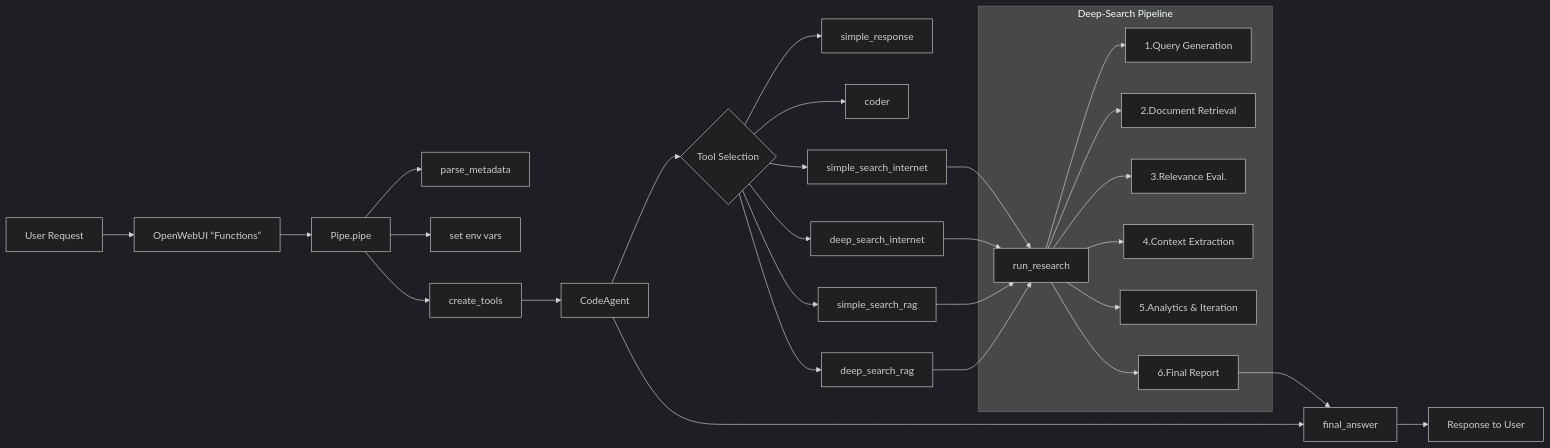
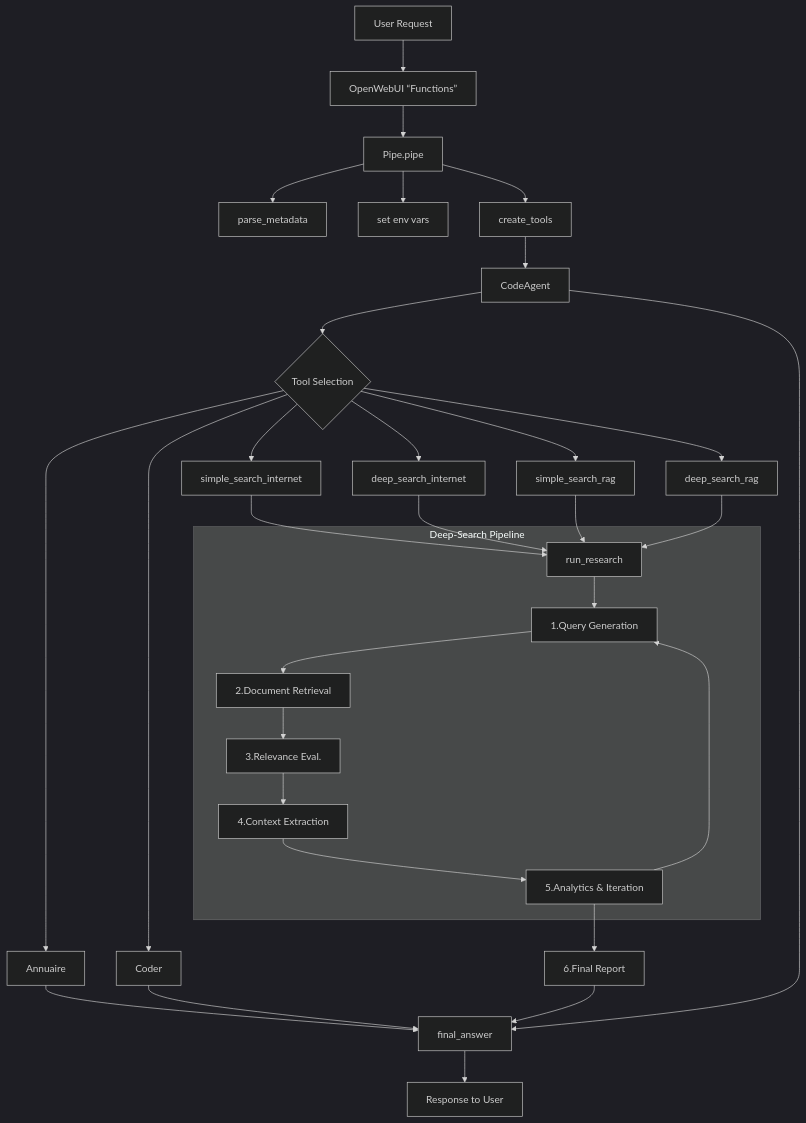
Before and after one commit to etalab-ia/albert-conversation: the diagram in backend/open_webui/utils/functions/README.md, drawn with Mermaid (dark theme). The commit also changed other lines of this file and 9 other files, not shown here.

Commit message:
[feat:deep]: AnnuaireTool + Refacto

````diff
--- a/backend/open_webui/utils/functions/README.md
+++ b/backend/open_webui/utils/functions/README.md
@@ -138,28 +138,31 @@
 ```mermaid
-flowchart LR
-  A[User Request] --> B[OpenWebUI “Functions”]
-  B --> C[Pipe.pipe]
-  C --> D[parse_metadata]
-  C --> E[set env vars]
-  C --> F[create_tools]
-  F --> G[CodeAgent]
-  G --> H{Tool Selection}
-  H --> I[simple_response]
-  H --> J[coder]
-  H --> K[simple_search_internet]
-  H --> L[deep_search_internet]
-  H --> M[simple_search_rag]
-  H --> N[deep_search_rag]
-  K & L & M & N --> O[run_research]
-  subgraph Deep-Search Pipeline
+flowchart TB
+    A[User Request] --> B[OpenWebUI “Functions”]
+    B --> C[Pipe.pipe]
+    C --> D[parse_metadata]
+    C --> E[set env vars]
+    C --> F[create_tools]
+    F --> G[CodeAgent]
+    G --> H{Tool Selection}
+    H --> I[Annuaire]
+    H --> J[Coder]
+    H --> K[simple_search_internet]
+    H --> L[deep_search_internet]
+    H --> M[simple_search_rag]
+    H --> N[deep_search_rag]
+    K & L & M & N --> O[run_research]
+    subgraph Deep-Search Pipeline
     O --> P[1.Query Generation]
-    O --> Q[2.Document Retrieval]
-    O --> R[3.Relevance Eval.]
-    O --> S[4.Context Extraction]
-    O --> T[5.Analytics & Iteration]
-    O --> U[6.Final Report]
-  end
+    P --> Q[2.Document Retrieval]
+    Q --> R[3.Relevance Eval.]
+    R --> S[4.Context Extraction]
+    S --> T[5.Analytics & Iteration]
+    end
+    T --> P
+    T --> U[6.Final Report]
   U --> V
   G --> V[final_answer]
+  I --> V[final_answer]
+  J --> V[final_answer]
   V --> W[Response to User]
 ```
````
